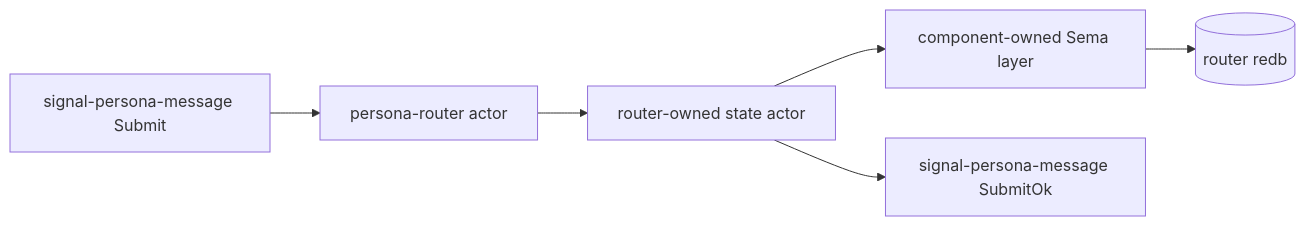
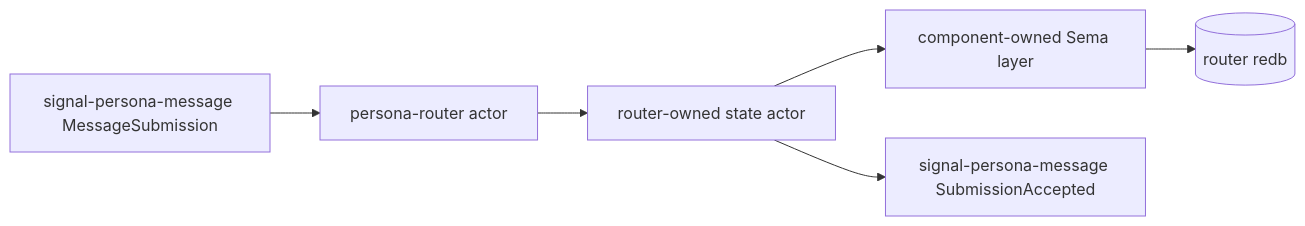
Before and after one commit to LiGoldragon/persona: the third of 3 diagrams in TESTS.md, drawn with Mermaid. The commit also changed other lines of this file and 4 other files, not shown here.

````diff
--- a/TESTS.md
+++ b/TESTS.md
@@ -219,12 +219,12 @@
 ```mermaid
 flowchart LR
-    message["signal-persona-message Submit"]
+    message["signal-persona-message MessageSubmission"]
     router["persona-router actor"]
     state["router-owned state actor"]
     sema["component-owned Sema layer"]
     redb[("router redb")]
-    reply["signal-persona-message SubmitOk"]
+    reply["signal-persona-message SubmissionAccepted"]
 
     message --> router --> state --> sema --> redb
     state --> reply
 ```
````
